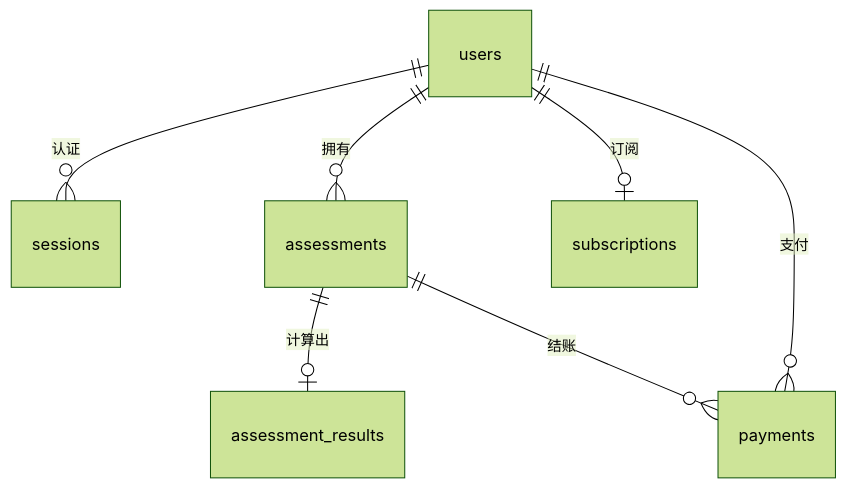
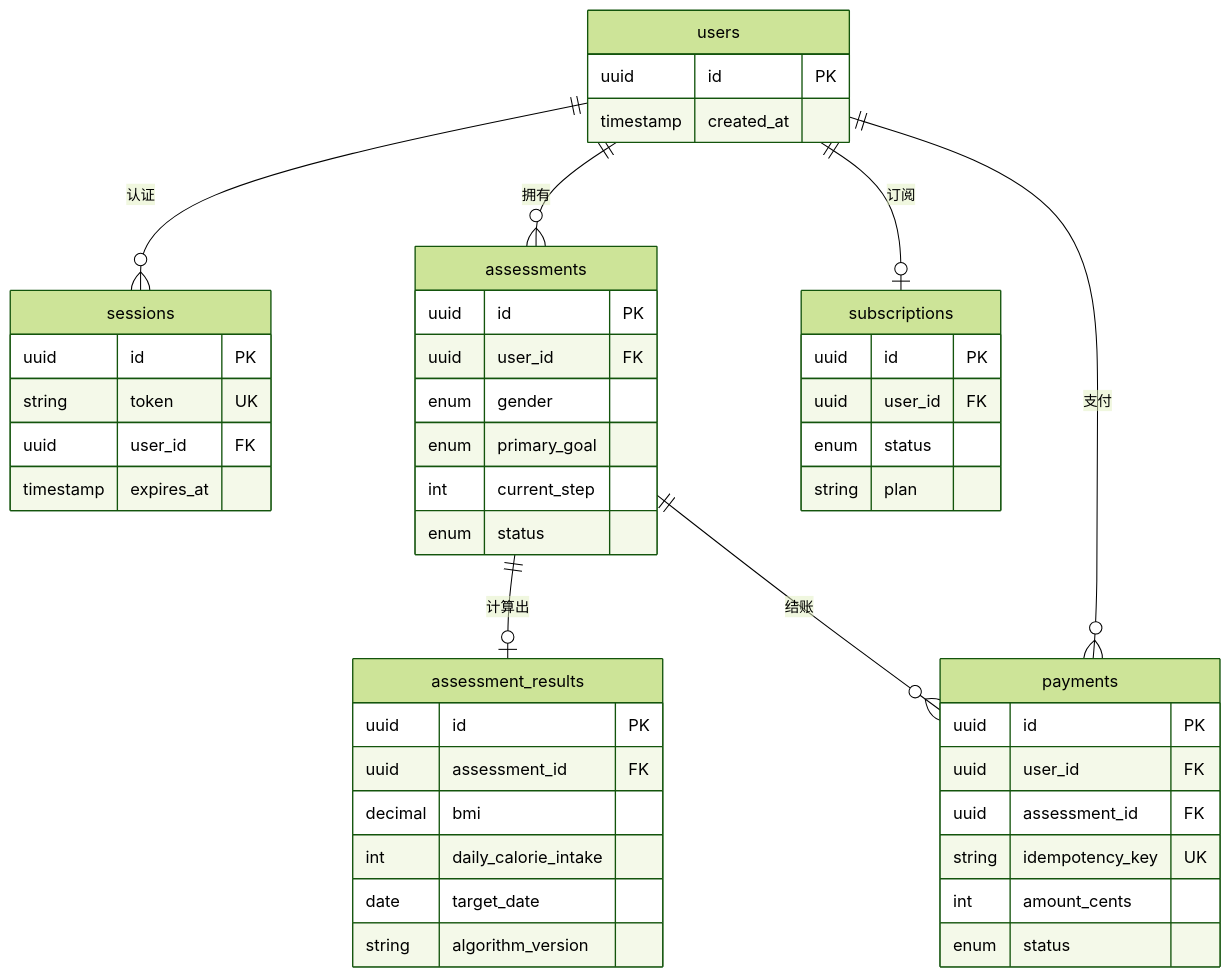
The diagram in README.md (YH7916/BetterMe), drawn with Mermaid (forest theme) before and after one commit.

Commit message:
docs: richer ER diagram with key columns (PK/FK/UK) per table

````diff
--- a/README.md
+++ b/README.md
@@ -75,9 +75,50 @@
 ```mermaid
 erDiagram
     users ||--o{ sessions : "认证"
     users ||--o{ assessments : "拥有"
     users ||--o| subscriptions : "订阅"
     users ||--o{ payments : "支付"
     assessments ||--o| assessment_results : "计算出"
     assessments ||--o{ payments : "结账"
+
+    users {
+        uuid id PK
+        timestamp created_at
+    }
+    sessions {
+        uuid id PK
+        string token UK
+        uuid user_id FK
+        timestamp expires_at
+    }
+    assessments {
+        uuid id PK
+        uuid user_id FK
+        enum gender
+        enum primary_goal
+        int current_step
+        enum status
+    }
+    assessment_results {
+        uuid id PK
+        uuid assessment_id FK
+        decimal bmi
+        int daily_calorie_intake
+        date target_date
+        string algorithm_version
+    }
+    subscriptions {
+        uuid id PK
+        uuid user_id FK
+        enum status
+        string plan
+    }
+    payments {
+        uuid id PK
+        uuid user_id FK
+        uuid assessment_id FK
+        string idempotency_key UK
+        int amount_cents
+        enum status
+    }
 ```
````
